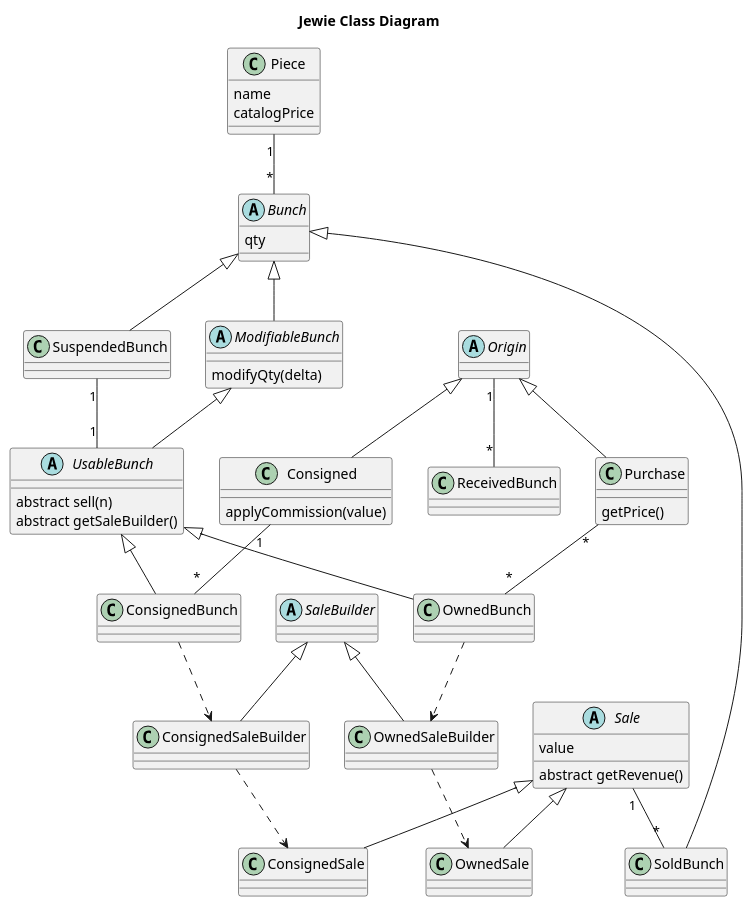
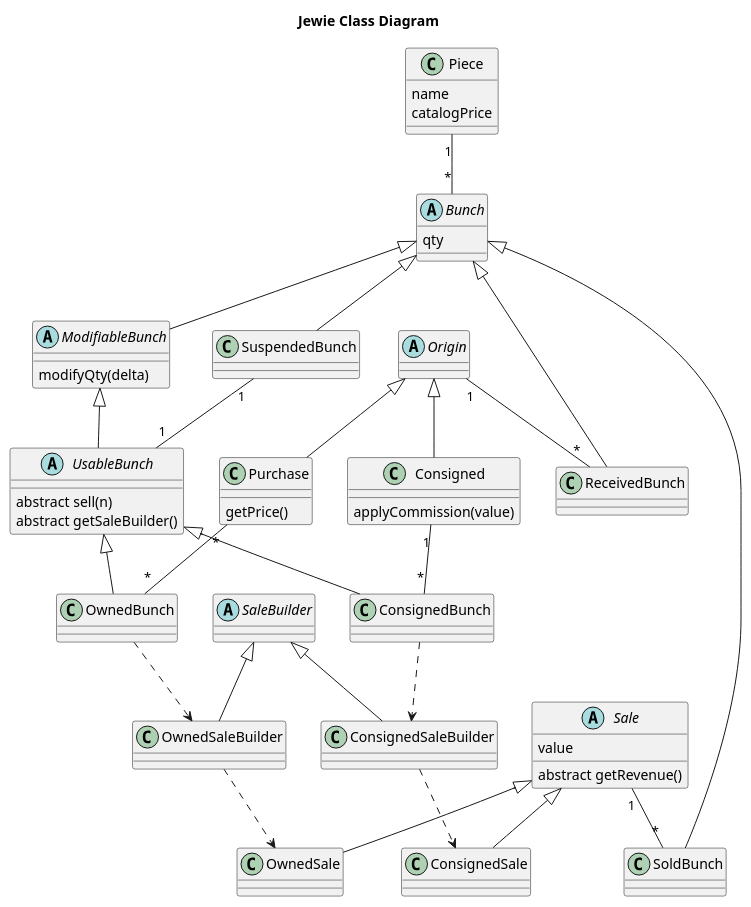
The diagram in docs/classes.puml (hfduran/jewie), drawn with PlantUML before and after one commit. The commit also changed 21 other files, not shown here.

```diff
--- a/docs/classes.puml
+++ b/docs/classes.puml
@@ -1,62 +1,63 @@
 @startuml
 
 title Jewie Class Diagram
 
 class Piece {
     name
     catalogPrice
 }
 
 abstract class Bunch {
     qty
 }
 class SoldBunch extends Bunch
 abstract class ModifiableBunch extends Bunch {
     modifyQty(delta)
 }
 abstract class UsableBunch extends ModifiableBunch {
     abstract sell(n)
     abstract getSaleBuilder()
 }
 class SuspendedBunch extends Bunch
 SuspendedBunch "1"--"1" UsableBunch
 
 class OwnedBunch extends UsableBunch
 class ConsignedBunch extends UsableBunch
 
 abstract class Sale {
     value
     abstract getRevenue()
 }
 class OwnedSale extends Sale
 class ConsignedSale extends Sale
 
 abstract class SaleBuilder
 
 abstract class Origin
 class ReceivedBunch
+Bunch <|-- ReceivedBunch
 class Consigned extends Origin {
     applyCommission(value)
 }
 class Purchase extends Origin {
     getPrice()
 }
 
 Piece "1"--"*" Bunch
 
 SaleBuilder <|-- ConsignedSaleBuilder
 SaleBuilder <|-- OwnedSaleBuilder
 
 OwnedSaleBuilder ..> OwnedSale
 ConsignedSaleBuilder ..> ConsignedSale
 OwnedBunch ..> OwnedSaleBuilder
 ConsignedBunch ..> ConsignedSaleBuilder
 
 Consigned "1"--"*" ConsignedBunch
 Purchase "*"--"*" OwnedBunch
 
 Origin "1"--"*" ReceivedBunch
 
 Sale "1"--"*" SoldBunch
 
 @enduml
```
